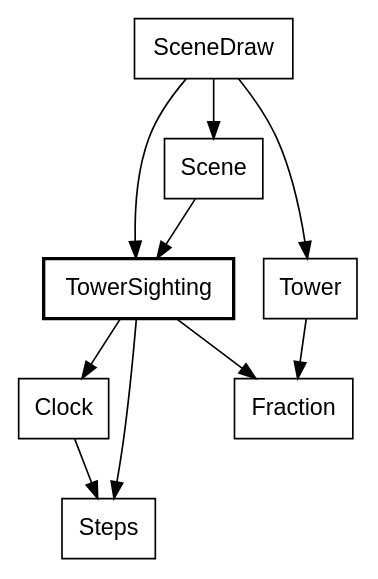
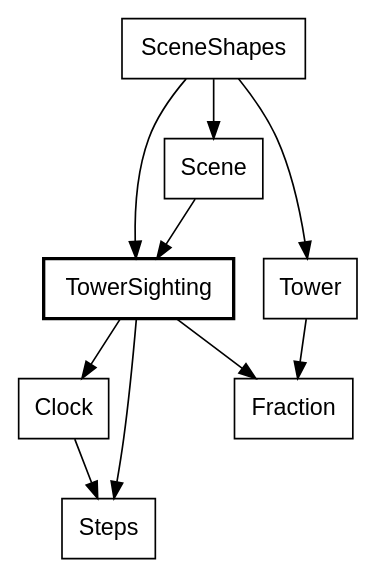
Before and after one commit to showell/roc-apps: the eighth of 30 diagrams in canvas_apps/safari/tutorial/tutorial.md, drawn with Graphviz. The commit also changed other lines of this file and 19 other files, not shown here.

````diff
--- a/canvas_apps/safari/tutorial/tutorial.md
+++ b/canvas_apps/safari/tutorial/tutorial.md
@@ -1040,15 +1040,15 @@
 ```dot
 digraph beacon {
   node [shape=box, fontname="Helvetica"];
   TowerSighting [style=bold];
-  SceneDraw -> Scene;
-  SceneDraw -> TowerSighting;
-  SceneDraw -> Tower;
+  SceneShapes -> Scene;
+  SceneShapes -> TowerSighting;
+  SceneShapes -> Tower;
   Scene -> TowerSighting;
   TowerSighting -> Clock;
   TowerSighting -> Steps;
   TowerSighting -> Fraction;
   Clock -> Steps;
   Tower -> Fraction;
 }
 ```
````
